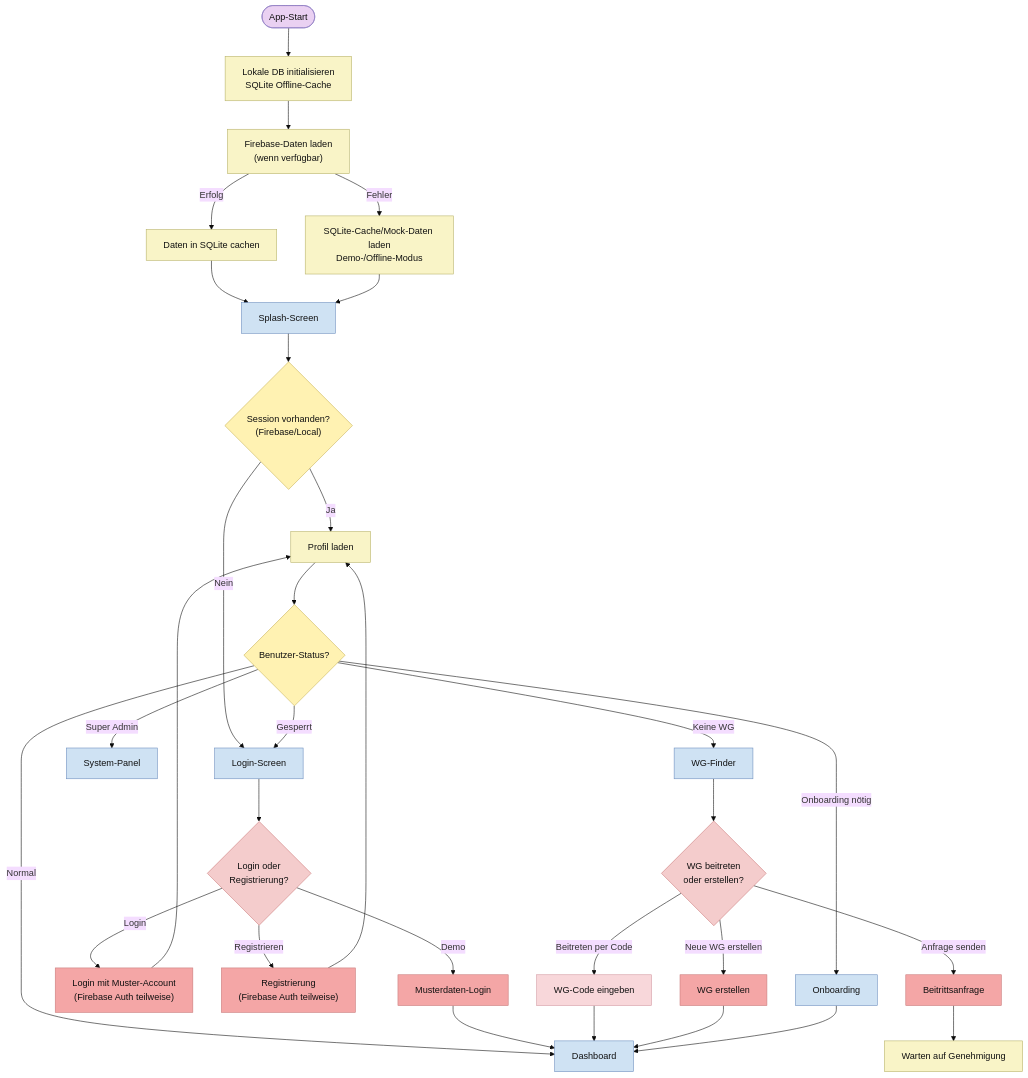
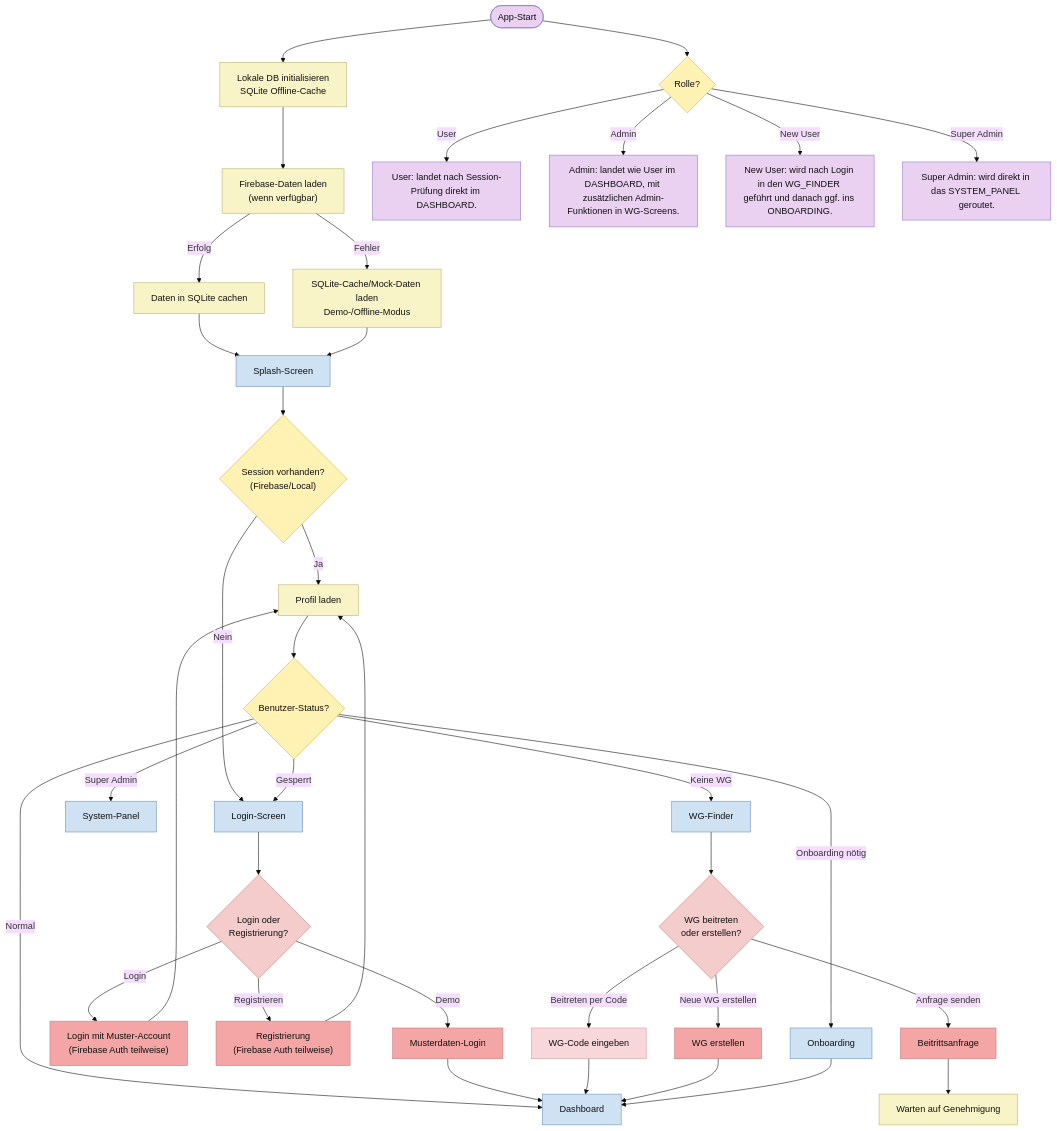
Before and after one commit to Nejy190501/WGManager: the second of 27 diagrams in ABLAUFDIAGRAMM.md, drawn with Mermaid (base theme). The commit also changed other lines of this file, not shown here.

````diff
--- a/ABLAUFDIAGRAMM.md
+++ b/ABLAUFDIAGRAMM.md
@@ -55,49 +55,62 @@
 ```mermaid
 flowchart TD
     A(["App-Start"]) --> B["Lokale DB initialisieren<br/>SQLite Offline-Cache"]
     B --> C["Firebase-Daten laden<br/>(wenn verfügbar)"]
     C -->|Erfolg| D["Daten in SQLite cachen"]
     C -->|Fehler| E["SQLite-Cache/Mock-Daten laden<br/>Demo-/Offline-Modus"]
     D --> F["Splash-Screen"]
     E --> F
     F --> G{"Session vorhanden?<br/>(Firebase/Local)"}
     G -->|Ja| H["Profil laden"]
     G -->|Nein| I["Login-Screen"]
     H --> J{"Benutzer-Status?"}
     J -->|Gesperrt| I
     J -->|Super Admin| K["System-Panel"]
     J -->|Keine WG| L["WG-Finder"]
     J -->|Onboarding nötig| M["Onboarding"]
     J -->|Normal| N["Dashboard"]
     I --> O{"Login oder<br/>Registrierung?"}
     O -->|Login| P["Login mit Muster-Account<br/>(Firebase Auth teilweise)"]
     O -->|Registrieren| Q["Registrierung<br/>(Firebase Auth teilweise)"]
     O -->|Demo| R["Musterdaten-Login"]
     P --> H
     Q --> H
     R --> N
     L --> S{"WG beitreten<br/>oder erstellen?"}
     S -->|Beitreten per Code| T["WG-Code eingeben"]
     S -->|Anfrage senden| U["Beitrittsanfrage"]
     S -->|Neue WG erstellen| V["WG erstellen"]
     T --> N
     U --> W["Warten auf Genehmigung"]
     V --> N
     M --> N
 
+
+    A --> RLQ{"Rolle?"}
+    RLU["User: landet nach Session-Prüfung direkt im DASHBOARD."]
+    RLA["Admin: landet wie User im DASHBOARD, mit zusätzlichen Admin-Funktionen in WG-Screens."]
+    RLN["New User: wird nach Login in den WG_FINDER geführt und danach ggf. ins ONBOARDING."]
+    RLS["Super Admin: wird direkt in das SYSTEM_PANEL geroutet."]
+    RLQ -->|User| RLU
+    RLQ -->|Admin| RLA
+    RLQ -->|New User| RLN
+    RLQ -->|Super Admin| RLS
+
     classDef userAction fill:#ead1f2,stroke:#8e7cc3,color:#111;
     classDef systemAction fill:#f9f4c7,stroke:#b7b26a,color:#111;
     classDef userDecision fill:#f4cccc,stroke:#cc7a7a,color:#111;
     classDef systemDecision fill:#fff2b2,stroke:#c9b458,color:#111;
     classDef button fill:#f4a6a6,stroke:#c97b7b,color:#111;
     classDef userInput fill:#f8d7da,stroke:#d49aa2,color:#111;
     classDef screen fill:#cfe2f3,stroke:#6c8ebf,color:#111;
 
     class A userAction;
     class B,C,D,E,H,W systemAction;
     class O,S userDecision;
     class G,J systemDecision;
     class P,Q,R,U,V button;
     class T userInput;
     class F,I,K,L,M,N screen;
+    class RLQ systemDecision;
+    class RLU,RLA,RLN,RLS userAction;
 ```
````
